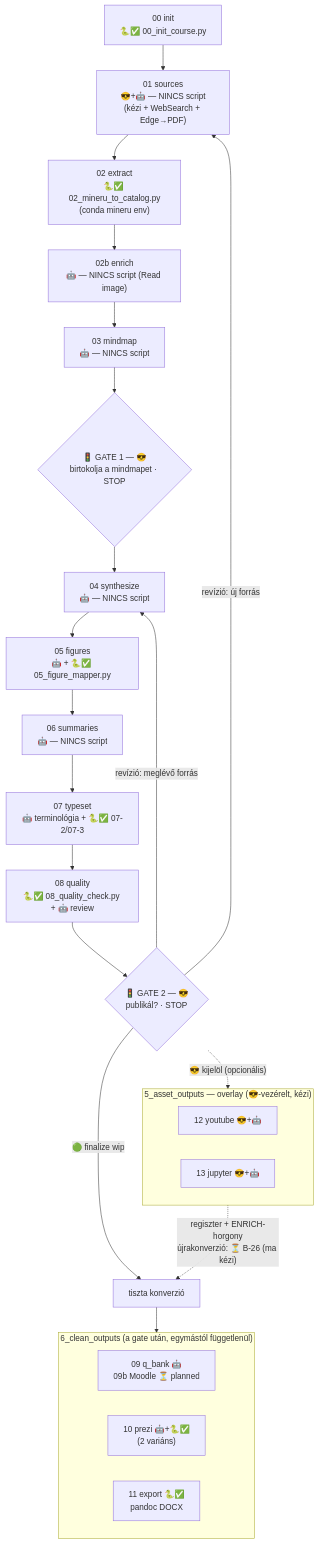
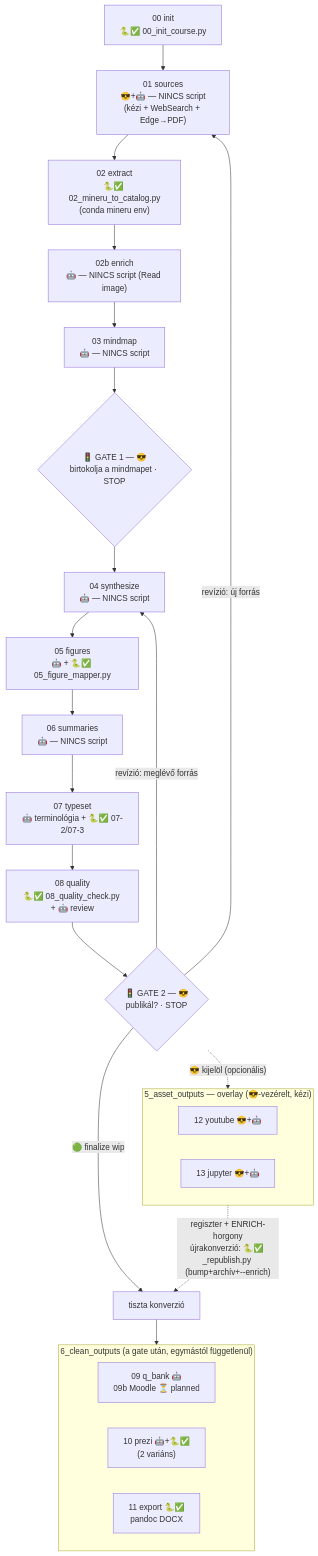
The third of 3 diagrams in .claude/pipeline.md (InutilemMachina/claude_course), drawn with Mermaid before and after one commit. The commit also changed other lines of this file and 6 other files, not shown here.

````diff
--- a/.claude/pipeline.md
+++ b/.claude/pipeline.md
@@ -146,29 +146,29 @@
 ```mermaid
 flowchart TD
     S00["00 init<br>🐍✅ 00_init_course.py"] --> S01["01 sources<br>😎+🤖 — NINCS script<br>(kézi + WebSearch + Edge→PDF)"]
     S01 --> S02["02 extract<br>🐍✅ 02_mineru_to_catalog.py<br>(conda mineru env)"]
     S02 --> S02b["02b enrich<br>🤖 — NINCS script (Read image)"]
     S02b --> S03["03 mindmap<br>🤖 — NINCS script"]
     S03 --> G1{"🚦 GATE 1 — 😎<br>birtokolja a mindmapet · STOP"}
     G1 --> S04["04 synthesize<br>🤖 — NINCS script"]
     S04 --> S05["05 figures<br>🤖 + 🐍✅ 05_figure_mapper.py"]
     S05 --> S06["06 summaries<br>🤖 — NINCS script"]
     S06 --> S07["07 typeset<br>🤖 terminológia + 🐍✅ 07-2/07-3"]
     S07 --> S08["08 quality<br>🐍✅ 08_quality_check.py + 🤖 review"]
     S08 --> G2{"🚦 GATE 2 — 😎<br>publikál? · STOP"}
     G2 -->|"revízió: meglévő forrás"| S04
     G2 -->|"revízió: új forrás"| S01
     G2 -->|"🟢 finalize wip"| CONV["tiszta konverzió"]
     CONV --> OUT
     subgraph OUT["6_clean_outputs (a gate után, egymástól függetlenül)"]
       O09["09 q_bank 🤖<br>09b Moodle ⏳ planned"]
       O10["10 prezi 🤖+🐍✅<br>(2 variáns)"]
       O11["11 export 🐍✅<br>pandoc DOCX"]
     end
     G2 -.->|"😎 kijelöl (opcionális)"| ENR
     subgraph ENR["5_asset_outputs — overlay (😎-vezérelt, kézi)"]
       O12["12 youtube 😎+🤖"]
       O13["13 jupyter 😎+🤖"]
     end
-    ENR -.->|"regiszter + ENRICH-horgony<br>újrakonverzió: ⏳ B-26 (ma kézi)"| CONV
+    ENR -.->|"regiszter + ENRICH-horgony<br>újrakonverzió: 🐍✅ _republish.py (bump+archív+--enrich)"| CONV
 ```
````
